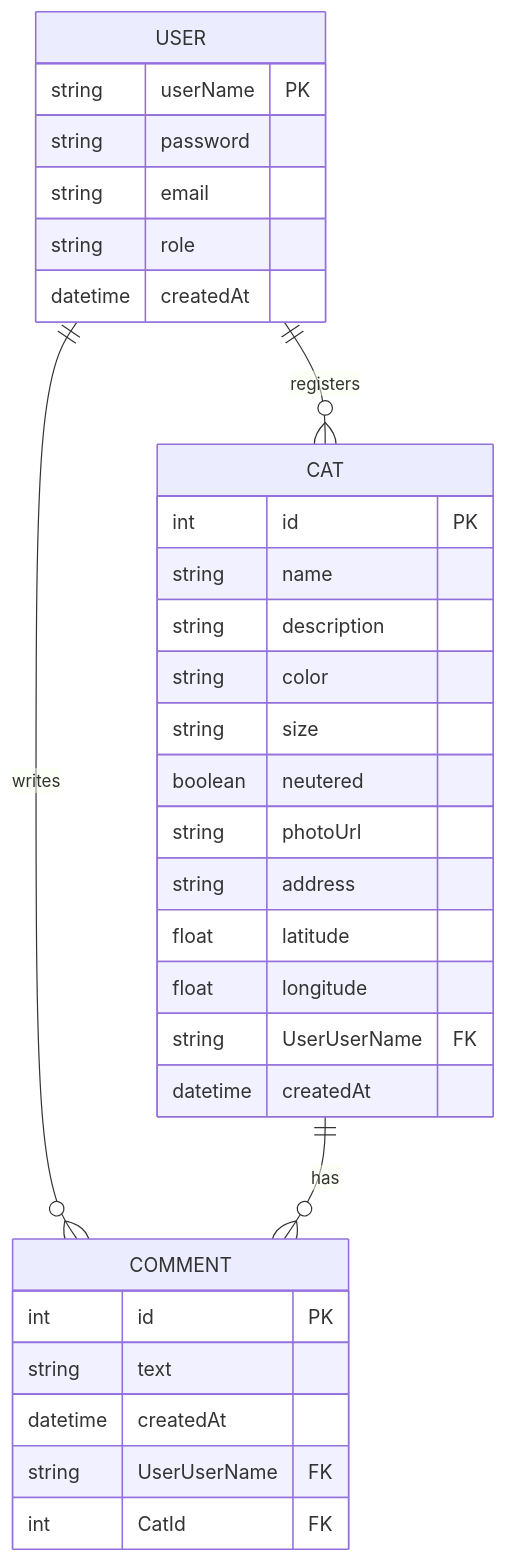
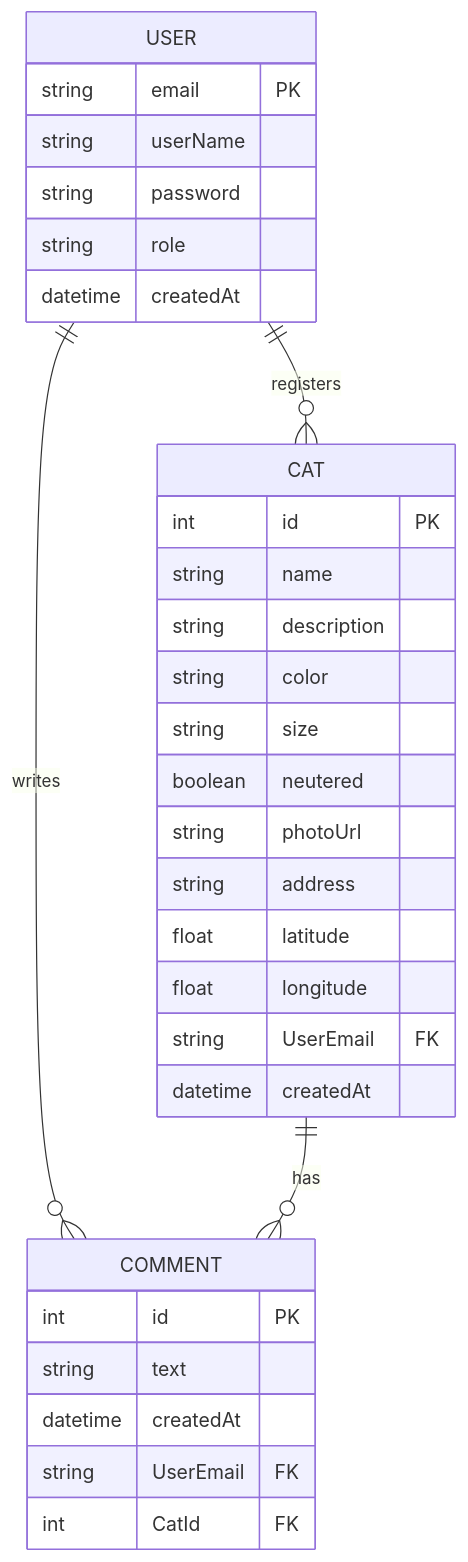
One commit to PaoloTed/TecWebProgetto changed the second of 2 diagrams in implementation_plan.md. Above: the diagram before and after it, drawn with Mermaid. The commit also changed other lines of this file and 4 other files, not shown here.

````diff
--- a/implementation_plan.md
+++ b/implementation_plan.md
@@ -65,36 +65,36 @@
 ```mermaid
 erDiagram
     USER ||--o{ CAT : "registers"
     USER ||--o{ COMMENT : "writes"
     USER {
-        string userName PK
+        string email PK
+        string userName
         string password
-        string email
         string role
         datetime createdAt
     }
     
     CAT ||--o{ COMMENT : "has"
     CAT {
         int id PK
         string name
         string description
         string color
         string size
         boolean neutered
         string photoUrl
         string address
         float latitude
         float longitude
-        string UserUserName FK
+        string UserEmail FK
         datetime createdAt
     }
     
     COMMENT {
         int id PK
         string text
         datetime createdAt
-        string UserUserName FK
+        string UserEmail FK
         int CatId FK
     }
 ```
````
